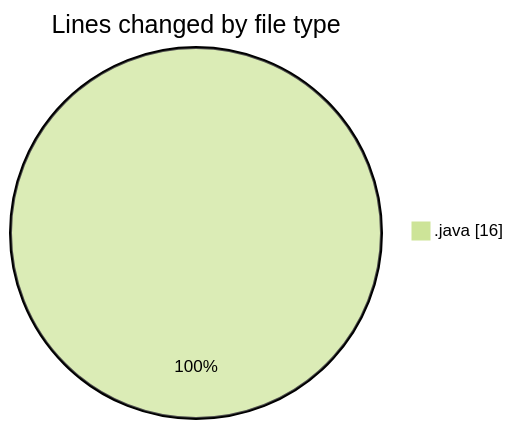
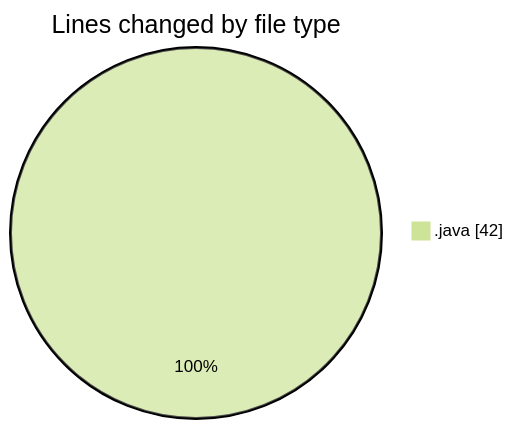
Before and after one commit to NitaiMahat/code-tracking: the first of 2 diagrams in 2025-02-20/coding_prac_6/README.md, drawn with Mermaid (forest theme). The commit also changed other lines of this file and 1 other file, not shown here.

````diff
--- a/2025-02-20/coding_prac_6/README.md
+++ b/2025-02-20/coding_prac_6/README.md
@@ -20,5 +21,5 @@
 ```mermaid
 pie showData
 title Lines changed by file type
-".java" : 16
+".java" : 42
 ```
````
